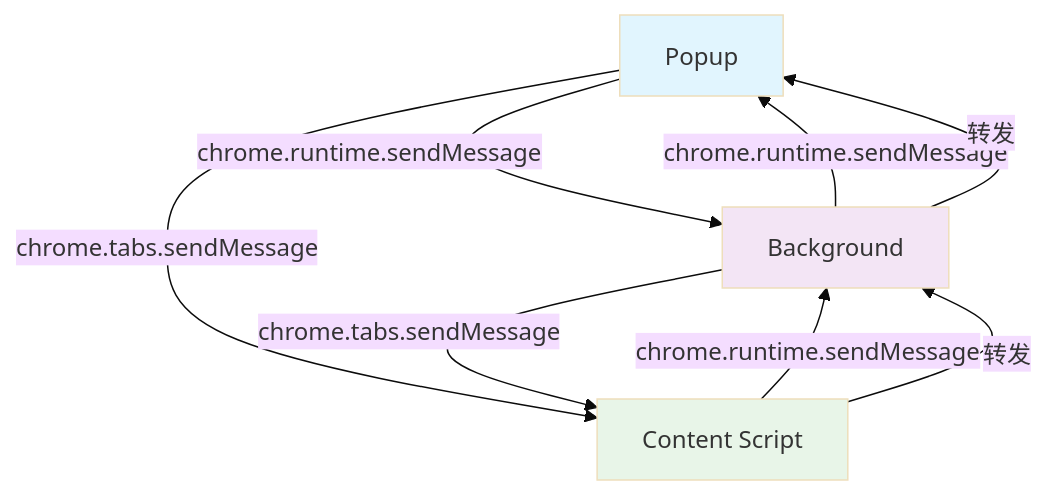
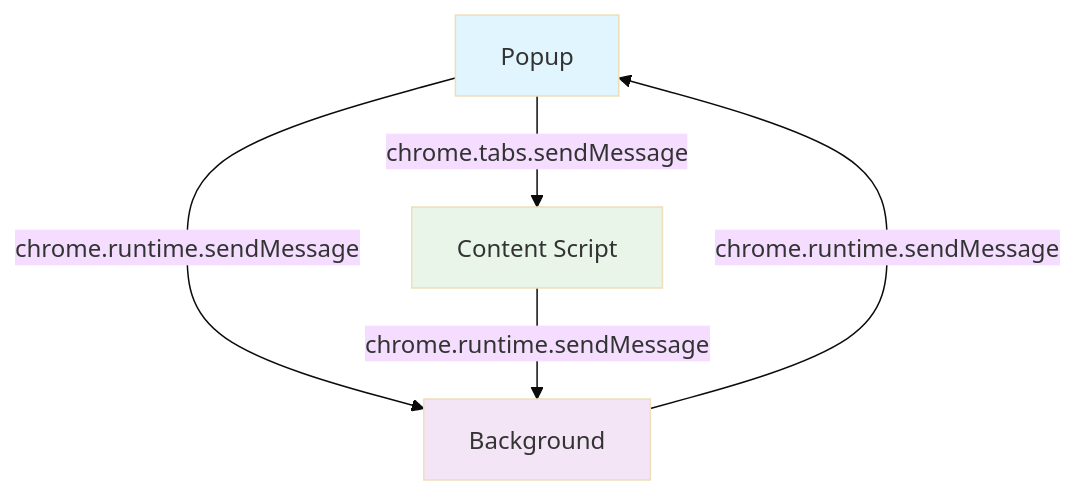
Before and after one commit to daydaylubi/twitter-cleaner: the diagram in MESSAGE_ARCHITECTURE.md, drawn with Mermaid (base theme). The commit also changed other lines of this file, not shown here.

Commit message:
更新消息架构文档
- 优化消息流向图，删除冗余的连接线
- 调整文档格式，提升可读性

🤖 Generated with [Claude Code](https://claude.ai/code)

````diff
--- a/MESSAGE_ARCHITECTURE.md
+++ b/MESSAGE_ARCHITECTURE.md
@@ -45,13 +45,11 @@
 ```mermaid
 graph TD
     Popup[Popup] -->|chrome.runtime.sendMessage| Background[Background]
     Popup -->|chrome.tabs.sendMessage| Content[Content Script]
     Content -->|chrome.runtime.sendMessage| Background
     Background -->|chrome.runtime.sendMessage| Popup
-    Background -->|chrome.tabs.sendMessage| Content
-    Content -->|转发| Background -->|转发| Popup
 
     style Popup fill:#e1f5fe
     style Background fill:#f3e5f5
     style Content fill:#e8f5e8
 ```
````
